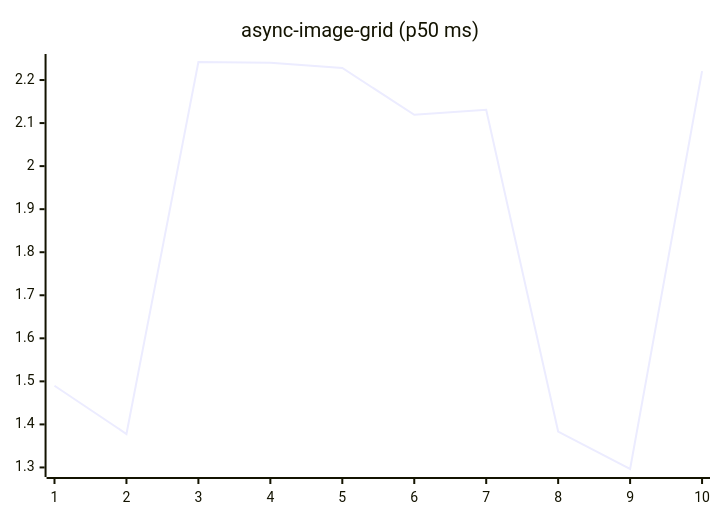
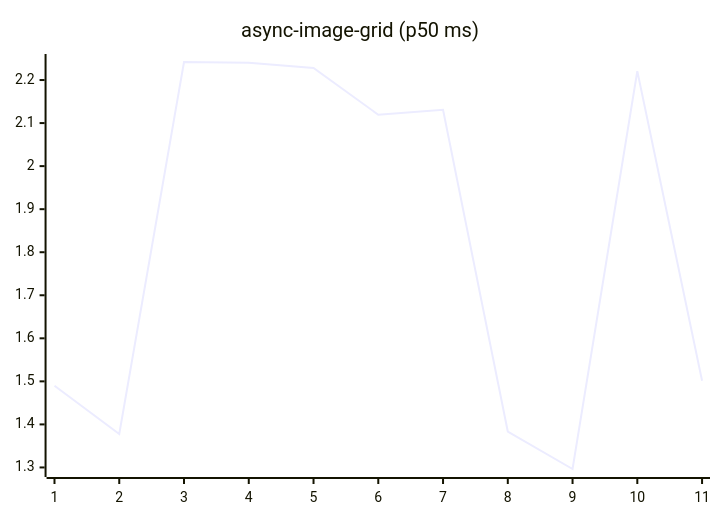
The fifth of 27 diagrams in README.md (josha/Facet), drawn with Mermaid before and after one commit. The commit also changed other lines of this file and 2 other files, not shown here.

````diff
--- a/README.md
+++ b/README.md
@@ -91,6 +91,6 @@
 ```mermaid
 xychart-beta
     title "async-image-grid (p50 ms)"
-    x-axis 1 --> 10
-    line [1.4898, 1.3778, 2.2419, 2.2404, 2.2280, 2.1194, 2.1310, 1.3834, 1.2964, 2.2208]
+    x-axis 1 --> 11
+    line [1.4898, 1.3778, 2.2419, 2.2404, 2.2280, 2.1194, 2.1310, 1.3834, 1.2964, 2.2208, 1.5015]
 ```
````
